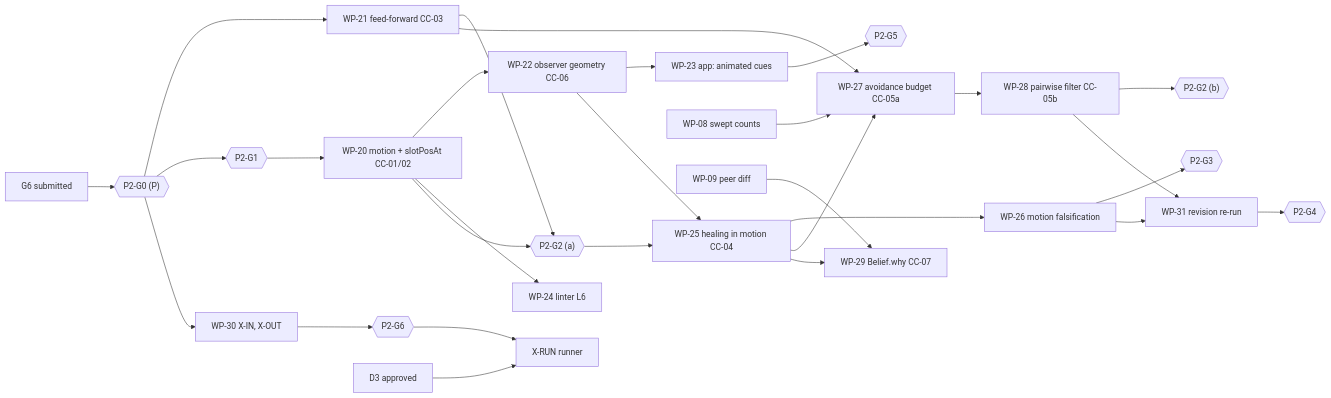
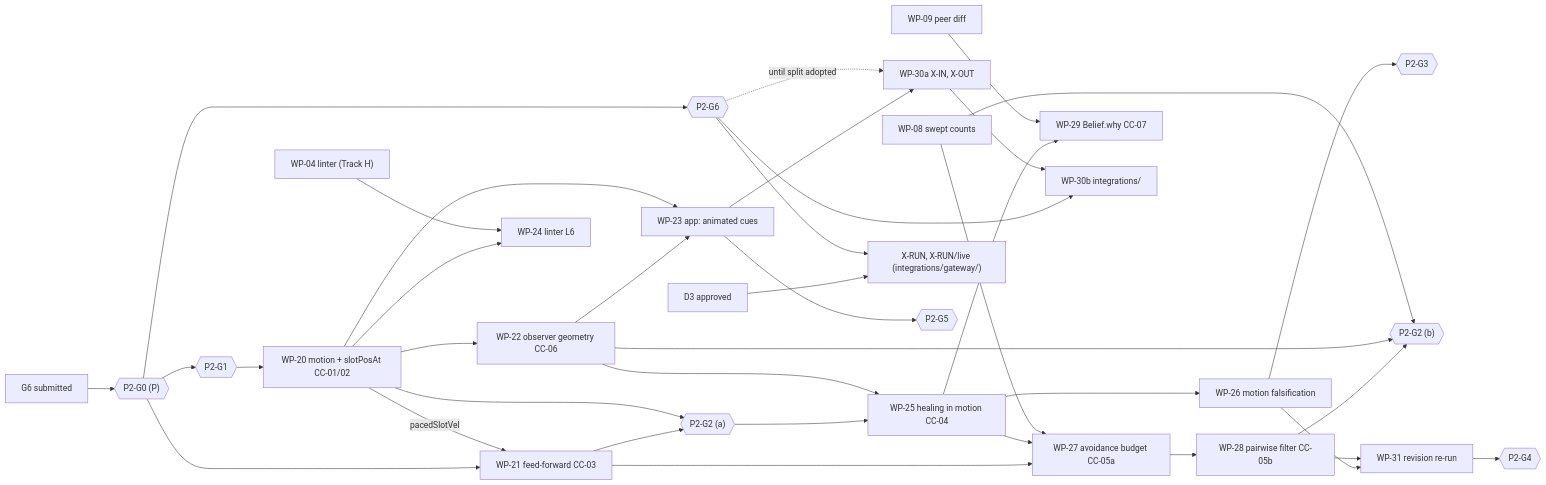
One commit to durhacko/Pihh changed the second of 2 diagrams in docs/planning/PHASE2_ROADMAP.md. Above: the diagram before and after it, drawn with Mermaid. The commit also changed other lines of this file and 8 other files, not shown here.

````diff
--- a/docs/planning/PHASE2_ROADMAP.md
+++ b/docs/planning/PHASE2_ROADMAP.md
@@ -133,31 +143,39 @@
 ```mermaid
 flowchart LR
   G6["G6 submitted"] --> G0P{{"P2-G0 (P)"}}
   G0P --> W21["WP-21 feed-forward CC-03"]
   G0P --> G1{{"P2-G1"}}
   G1 --> W20["WP-20 motion + slotPosAt CC-01/02"]
+  W20 -->|pacedSlotVel| W21
   W20 --> W22["WP-22 observer geometry CC-06"]
   W22 --> W23["WP-23 app: animated cues"]
+  W20 --> W23
   W20 --> W24["WP-24 linter L6"]
+  W04P["WP-04 linter (Track H)"] --> W24
   W21 --> G2a{{"P2-G2 (a)"}}
   W20 --> G2a
   G2a --> W25["WP-25 healing in motion CC-04"]
   W22 --> W25
   W25 --> W26["WP-26 motion falsification"]
   W26 --> G3{{"P2-G3"}}
   W21 --> W27["WP-27 avoidance budget CC-05a"]
   W25 --> W27
   W08P["WP-08 swept counts"] --> W27
   W27 --> W28["WP-28 pairwise filter CC-05b"]
   W28 --> G2b{{"P2-G2 (b)"}}
+  W22 --> G2b
+  W08P --> G2b
   W25 --> W29["WP-29 Belief.why CC-07"]
   W09P["WP-09 peer diff"] --> W29
-  G0P --> W30["WP-30 X-IN, X-OUT"]
-  W30 --> G6P{{"P2-G6"}}
-  D3["D3 approved"] --> XRUN["X-RUN runner"]
+  G0P --> G6P{{"P2-G6"}}
+  W23 --> W30a["WP-30a X-IN, X-OUT"]
+  G6P -.->|until split adopted| W30a
+  G6P --> W30b["WP-30b integrations/"]
+  W30a --> W30b
+  D3["D3 approved"] --> XRUN["X-RUN, X-RUN/live (integrations/gateway/)"]
   G6P --> XRUN
   W26 --> W31["WP-31 revision re-run"]
   W28 --> W31
   W31 --> G4P{{"P2-G4"}}
   W23 --> G5P{{"P2-G5"}}
 ```
````
